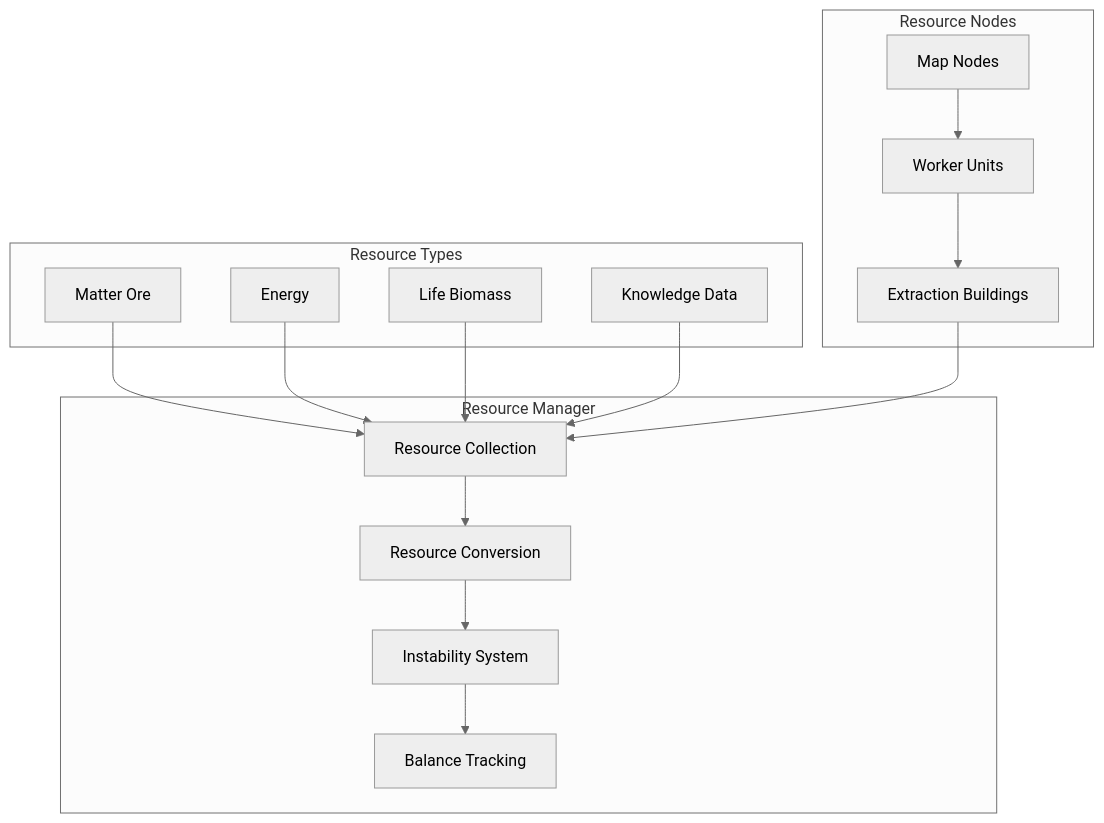
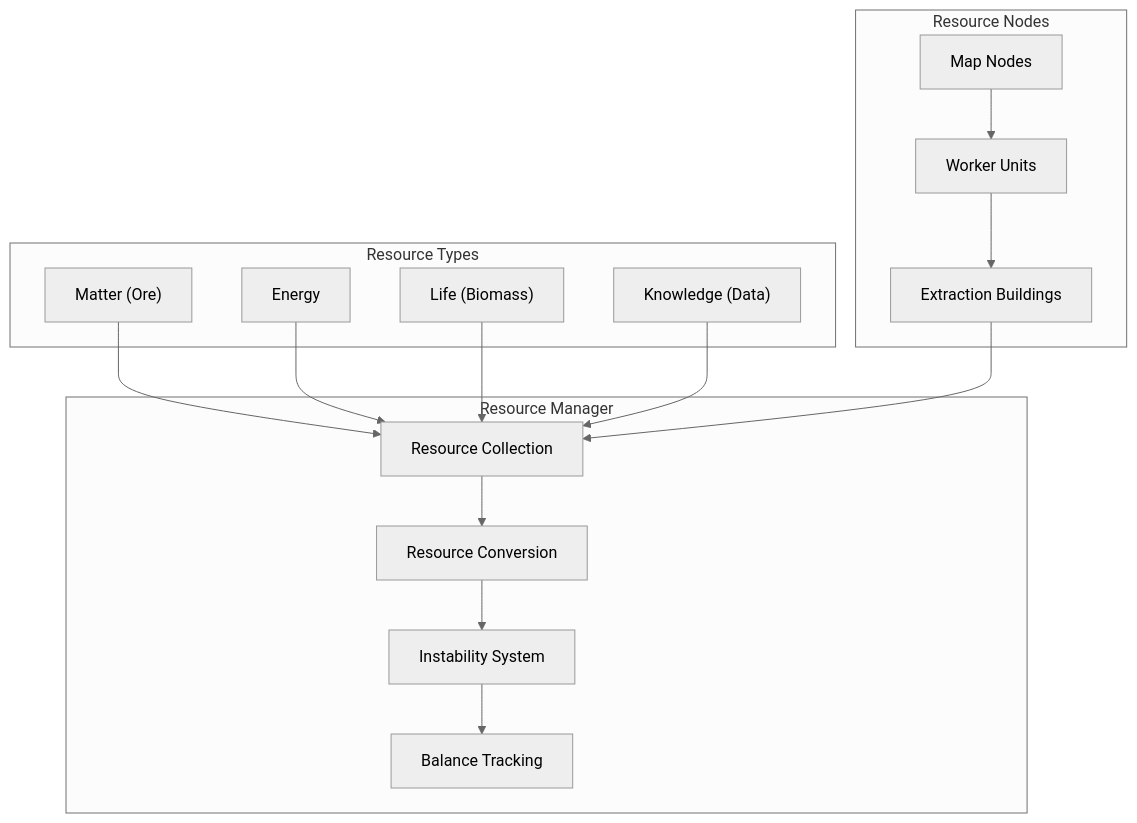
The third of 16 diagrams in README.md (lucylow/quaternion), drawn with Mermaid (neutral theme) before and after one commit. The commit also changed other lines of this file and 3 other files, not shown here.

````diff
--- a/README.md
+++ b/README.md
@@ -219,35 +224,35 @@
 ```mermaid
 graph TD
     subgraph "Resource Types"
-        Matter[Matter Ore]
-        Energy[Energy]
-        Life[Life Biomass]
-        Knowledge[Knowledge Data]
+        Matter["Matter (Ore)"]
+        Energy["Energy"]
+        Life["Life (Biomass)"]
+        Knowledge["Knowledge (Data)"]
     end
     
     subgraph "Resource Manager"
-        Collection[Resource Collection]
-        Conversion[Resource Conversion]
-        Instability[Instability System]
-        Balance[Balance Tracking]
+        Collection["Resource Collection"]
+        Conversion["Resource Conversion"]
+        Instability["Instability System"]
+        Balance["Balance Tracking"]
     end
     
     subgraph "Resource Nodes"
-        Nodes[Map Nodes]
-        Workers[Worker Units]
-        Buildings[Extraction Buildings]
+        Nodes["Map Nodes"]
+        Workers["Worker Units"]
+        Buildings["Extraction Buildings"]
     end
     
     Matter --> Collection
     Energy --> Collection
     Life --> Collection
     Knowledge --> Collection
     
     Collection --> Conversion
     Conversion --> Instability
     Instability --> Balance
     
     Nodes --> Workers
     Workers --> Buildings
     Buildings --> Collection
 ```
````
